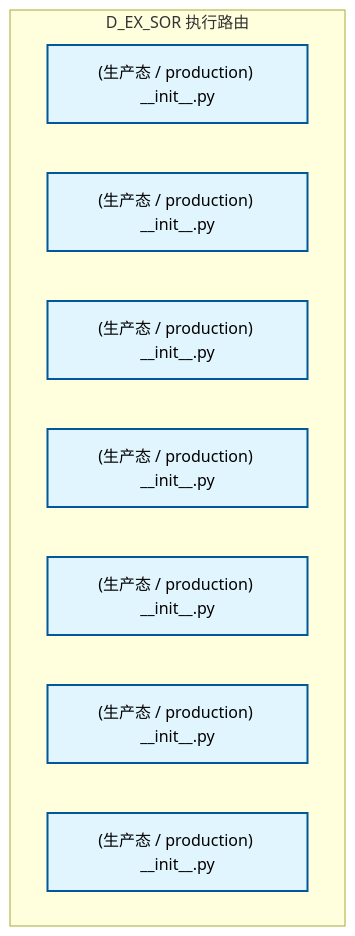
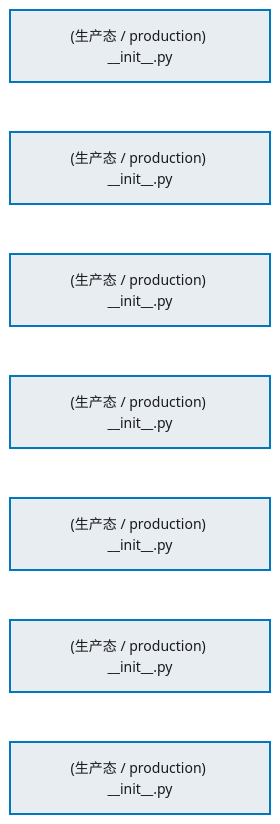
Before and after one commit to xuanFelixVan/ZephyrAlpha: the first of 3 diagrams in docs/02_enterprise_architecture/02_domain_architecture_docs/45_d_ex_sor.md, drawn with Mermaid. The commit also changed other lines of this file and 76 other files, not shown here.

````diff
--- a/docs/02_enterprise_architecture/02_domain_architecture_docs/45_d_ex_sor.md
+++ b/docs/02_enterprise_architecture/02_domain_architecture_docs/45_d_ex_sor.md
@@ -67,17 +67,22 @@
 ```mermaid
-graph TD
-    subgraph D_EX_SOR["D_EX_SOR 执行路由"]
-        src_zephyr_ex_sor_init_py["(生产态 / production) __init__.py"]
-        src_zephyr_ex_sor_extensions_init_py["(生产态 / production) __init__.py"]
-        src_zephyr_ex_sor_api_init_py["(生产态 / production) __init__.py"]
-        src_zephyr_ex_sor_core_init_py["(生产态 / production) __init__.py"]
-        src_zephyr_ex_sor_infrastructure_init_py["(生产态 / production) __init__.py"]
-        src_zephyr_ex_sor_models_init_py["(生产态 / production) __init__.py"]
-        src_zephyr_ex_sor_services_init_py["(生产态 / production) __init__.py"]
-    end
-    classDef production fill:#e1f5fe,stroke:#01579b,stroke-width:2px,color:#000
-    classDef design fill:#fff3e0,stroke:#e65100,stroke-width:2px,color:#000,stroke-dasharray: 5 5
-    classDef external_prod fill:#e8f5e9,stroke:#1b5e20,stroke-width:1px,color:#000
-    classDef external_design fill:#fce4ec,stroke:#880e4f,stroke-width:1px,color:#000,stroke-dasharray: 5 5
+%%{init: {'theme': 'base', 'themeVariables': {'primaryColor': '#eaeaea', 'primaryTextColor': '#333333', 'primaryBorderColor': '#666666', 'lineColor': '#666666', 'secondaryColor': '#eaeaea', 'tertiaryColor': '#eaeaea', 'fontSize': '14px'}}}%%
+flowchart TD
+    src_zephyr_ex_sor_init_py["(生产态 / production) __init__.py"]
+    src_zephyr_ex_sor_extensions_init_py["(生产态 / production) __init__.py"]
+    src_zephyr_ex_sor_api_init_py["(生产态 / production) __init__.py"]
+    src_zephyr_ex_sor_core_init_py["(生产态 / production) __init__.py"]
+    src_zephyr_ex_sor_infrastructure_init_py["(生产态 / production) __init__.py"]
+    src_zephyr_ex_sor_models_init_py["(生产态 / production) __init__.py"]
+    src_zephyr_ex_sor_services_init_py["(生产态 / production) __init__.py"]
+    src_zephyr_ex_sor_init_py ~~~ src_zephyr_ex_sor_extensions_init_py
+    src_zephyr_ex_sor_extensions_init_py ~~~ src_zephyr_ex_sor_api_init_py
+    src_zephyr_ex_sor_api_init_py ~~~ src_zephyr_ex_sor_core_init_py
+    src_zephyr_ex_sor_core_init_py ~~~ src_zephyr_ex_sor_infrastructure_init_py
+    src_zephyr_ex_sor_infrastructure_init_py ~~~ src_zephyr_ex_sor_models_init_py
+    src_zephyr_ex_sor_models_init_py ~~~ src_zephyr_ex_sor_services_init_py
+    classDef production fill:#e8edf2,stroke:#0277bd,stroke-width:2px,color:#1a1a1a
+    classDef design fill:#f0ebe3,stroke:#bf360c,stroke-width:2px,color:#1a1a1a,stroke-dasharray: 5 5
+    classDef external_prod fill:#e8efe9,stroke:#1b5e20,stroke-width:1px,color:#1a1a1a
+    classDef external_design fill:#efe5ea,stroke:#880e4f,stroke-width:1px,color:#1a1a1a,stroke-dasharray: 5 5
     class src_zephyr_ex_sor_init_py,src_zephyr_ex_sor_extensions_init_py,src_zephyr_ex_sor_api_init_py,src_zephyr_ex_sor_core_init_py,src_zephyr_ex_sor_infrastructure_init_py,src_zephyr_ex_sor_models_init_py,src_zephyr_ex_sor_services_init_py production
 ```
````
